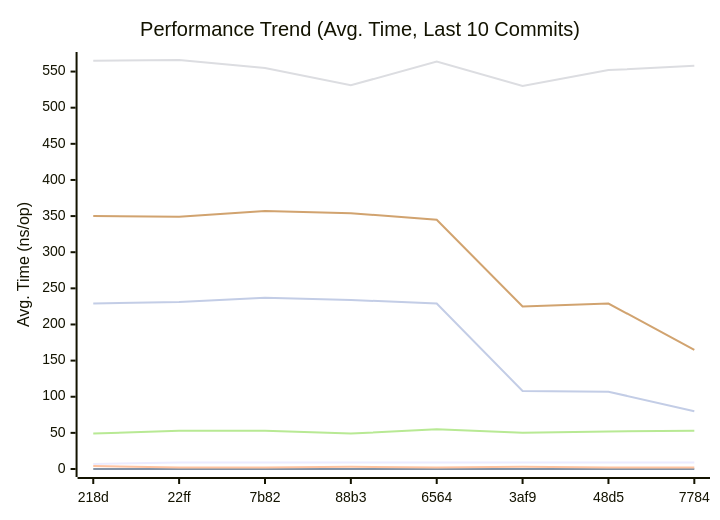
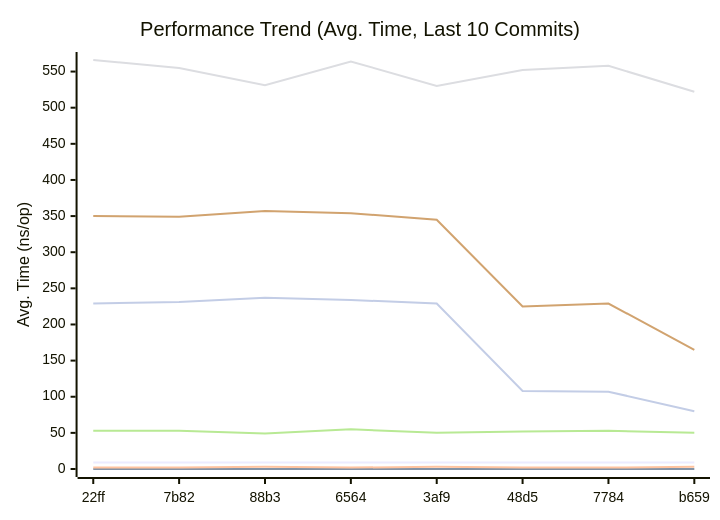
One commit to alsotoes/momo changed the first of 3 diagrams in doc/README.md. Above: the diagram before and after it, drawn with Mermaid. The commit also changed other lines of this file and 1 other file, not shown here.

````diff
--- a/doc/README.md
+++ b/doc/README.md
@@ -296,14 +296,14 @@
 ```mermaid
 xychart-beta
     title "Performance Trend (Avg. Time, Last 10 Commits)"
     x-axis "Commit"
     y-axis "Avg. Time (ns/op)"
-    x-axis [218d,22ff,7b82,88b3,6564,3af9,48d5,7784]
-    line "CheckMetricsAndSwap" [7,9,9,9,9,9,9,9,9,9]
+    x-axis [22ff,7b82,88b3,6564,3af9,48d5,7784,b659]
+    line "CheckMetricsAndSwap" [9,9,9,9,9,9,9,9,9,9]
     line "IndexDirectTracking" [0,0,0,0,0,0,0,0,0,0]
-    line "IndexSearch" [4,2,2,3,2,3,2,2,3,2]
-    line "LoadGlobalConfig" [565,566,555,531,564,530,552,558,522,584]
-    line "PadString" [49,53,53,49,55,50,52,53,50,53]
+    line "IndexSearch" [2,2,3,2,3,2,2,3,2,2]
+    line "LoadGlobalConfig" [566,555,531,564,530,552,558,522,584,581]
+    line "PadString" [53,53,49,55,50,52,53,50,53,54]
     line "ParseReplicationOrder_NoPrealloc" [350,349,357,354,345,225,229,165,232,234]
     line "ParseReplicationOrder_Prealloc" [229,231,237,234,229,108,107,80,110,109]
 ```
````
